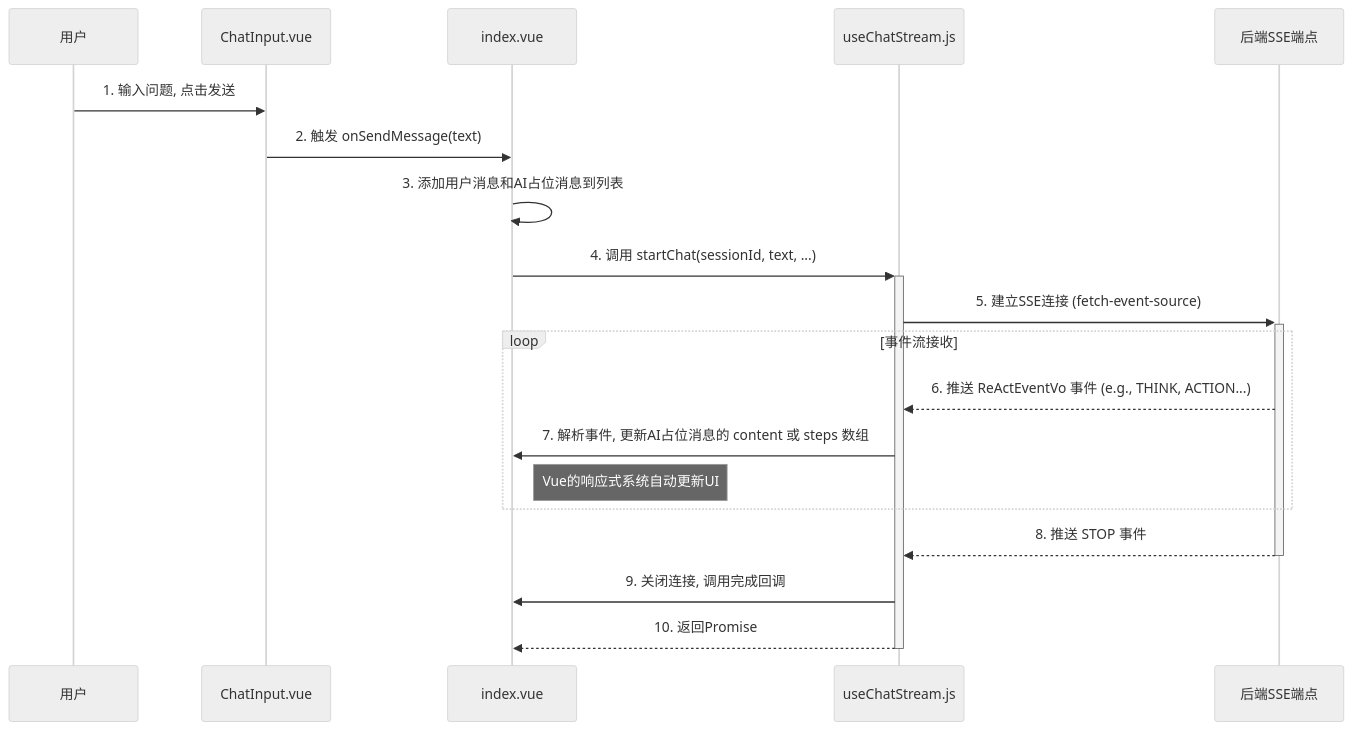
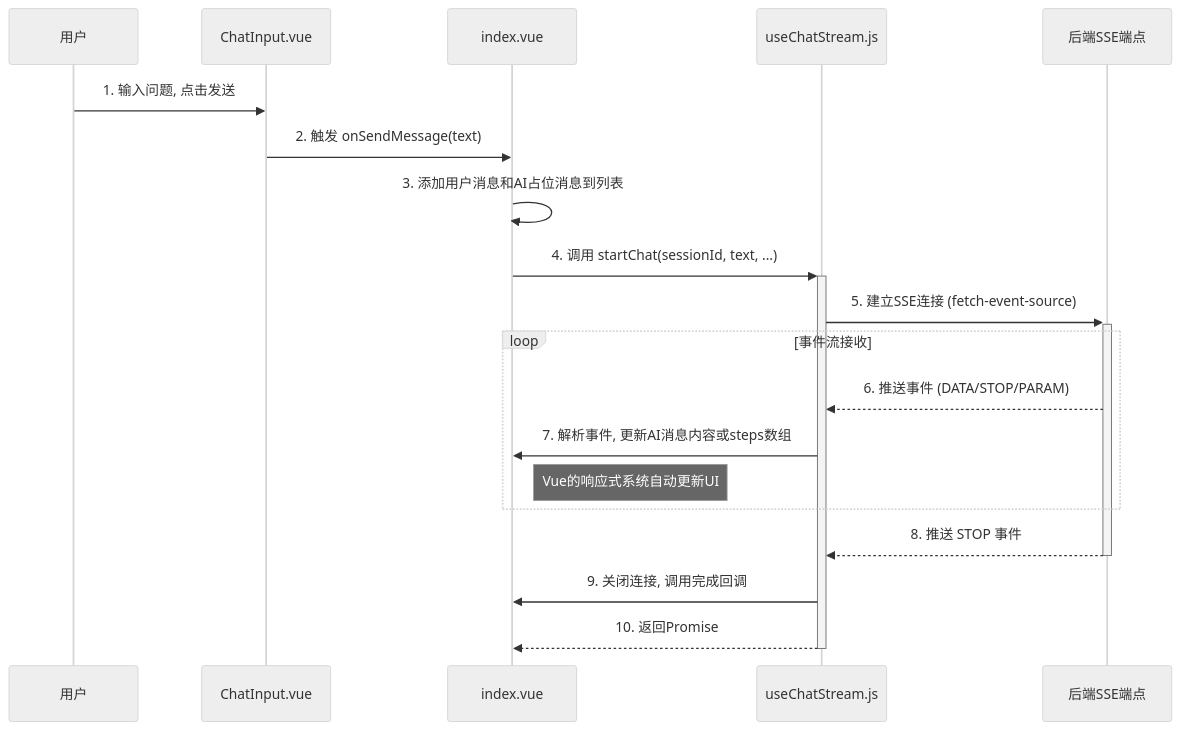
One commit to gczytm1818551025-stack/zt-ai-vue changed the second of 2 diagrams in README.md. Above: the diagram before and after it, drawn with Mermaid (neutral theme). The commit also changed other lines of this file and 10 other files, not shown here.

````diff
--- a/README.md
+++ b/README.md
@@ -70,23 +99,23 @@
 ```mermaid
 sequenceDiagram
     participant User as 用户
     participant Input as ChatInput.vue
     participant View as index.vue
     participant Stream as useChatStream.js
     participant Backend as 后端SSE端点
 
     User->>Input: 1. 输入问题, 点击发送
     Input->>View: 2. 触发 onSendMessage(text)
     View->>View: 3. 添加用户消息和AI占位消息到列表
     View->>+Stream: 4. 调用 startChat(sessionId, text, ...)
 
     Stream->>+Backend: 5. 建立SSE连接 (fetch-event-source)
     loop 事件流接收
-        Backend-->>Stream: 6. 推送 ReActEventVo 事件 (e.g., THINK, ACTION...)
-        Stream->>View: 7. 解析事件, 更新AI占位消息的 content 或 steps 数组
+        Backend-->>Stream: 6. 推送事件 (DATA/STOP/PARAM)
+        Stream->>View: 7. 解析事件, 更新AI消息内容或steps数组
         Note right of View: Vue的响应式系统自动更新UI
     end
     Backend-->>-Stream: 8. 推送 STOP 事件
     Stream->>View: 9. 关闭连接, 调用完成回调
     Stream-->>-View: 10. 返回Promise
 ```
````
